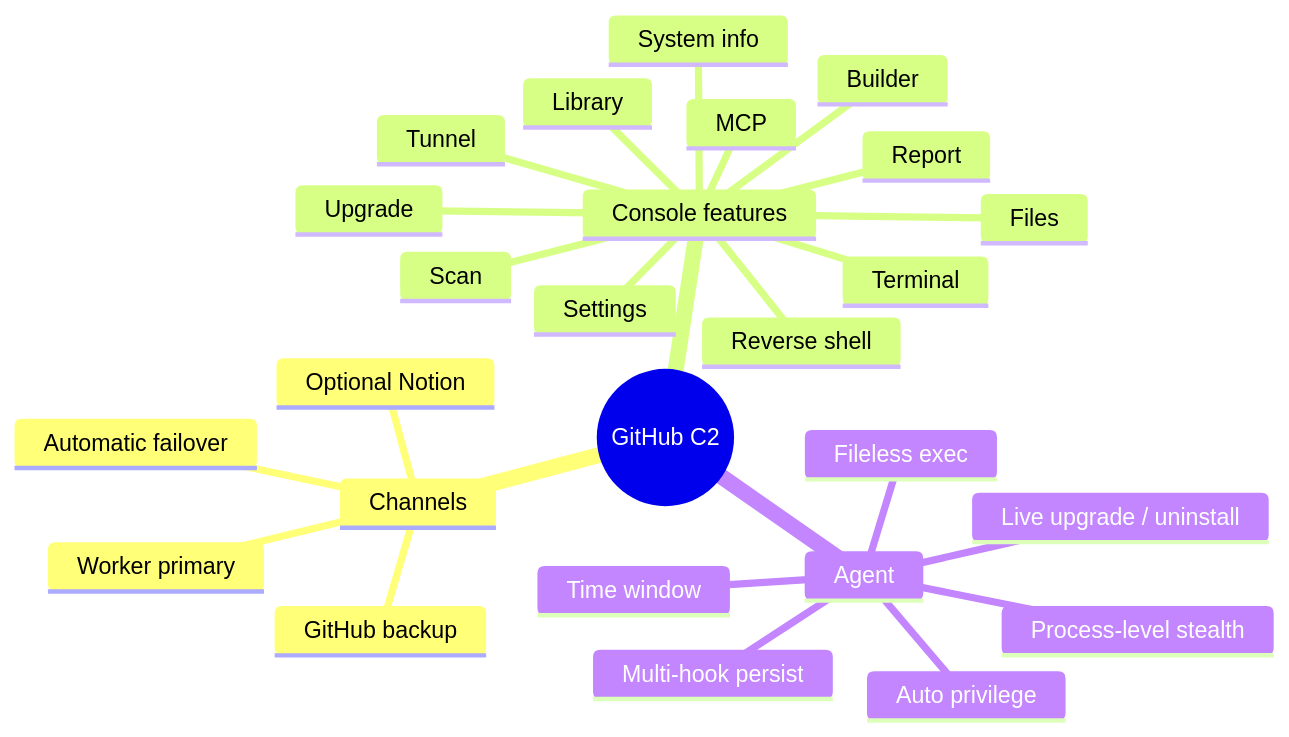
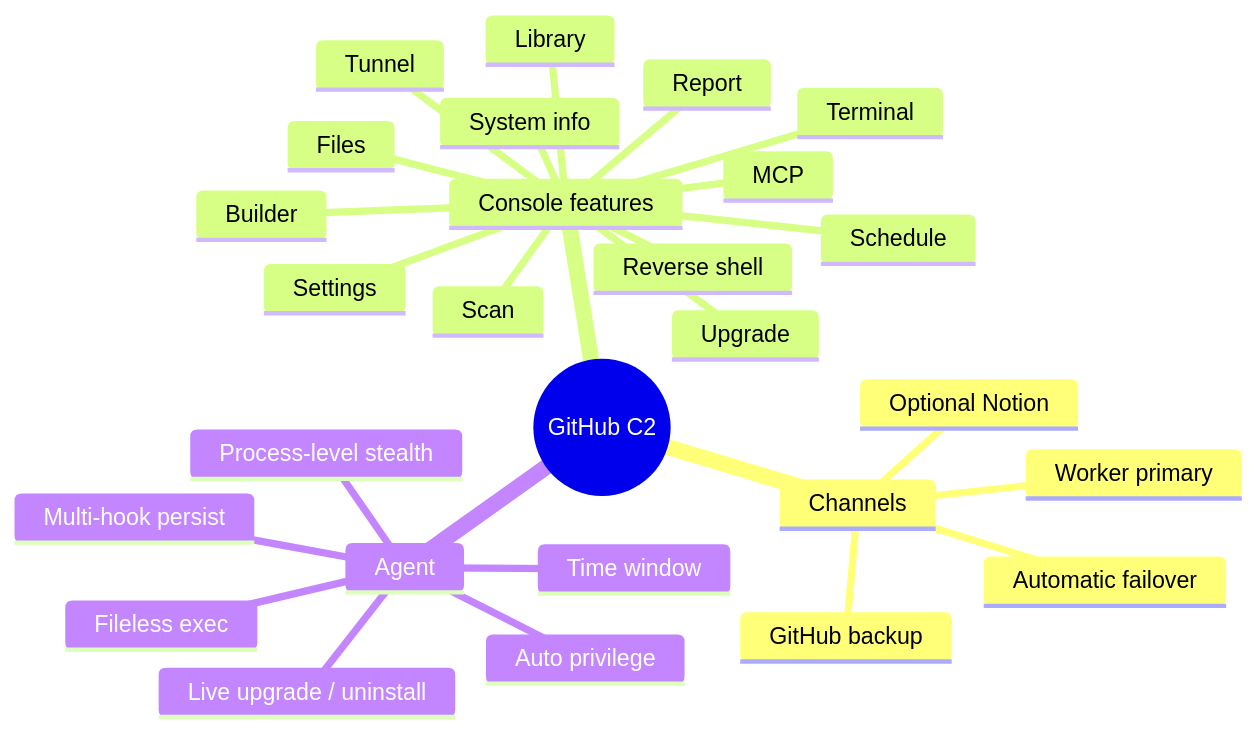
Before and after one commit to Kxiandaoyan/github-C2: the second of 2 diagrams in README_EN.md, drawn with Mermaid. The commit also changed other lines of this file and 7 other files, not shown here.

````diff
--- a/README_EN.md
+++ b/README_EN.md
@@ -119,29 +119,30 @@
 ```mermaid
 mindmap
   root((GitHub C2))
     Channels
       Worker primary
       GitHub backup
       Optional Notion
       Automatic failover
     Console features
       Terminal
+      Schedule
       Reverse shell
       Files
       Tunnel
       Scan
       System info
       Library
       Report
       Upgrade
       Builder
       MCP
       Settings
     Agent
       Auto privilege
       Process-level stealth
       Multi-hook persist
       Time window
       Fileless exec
       Live upgrade / uninstall
 ```
````
